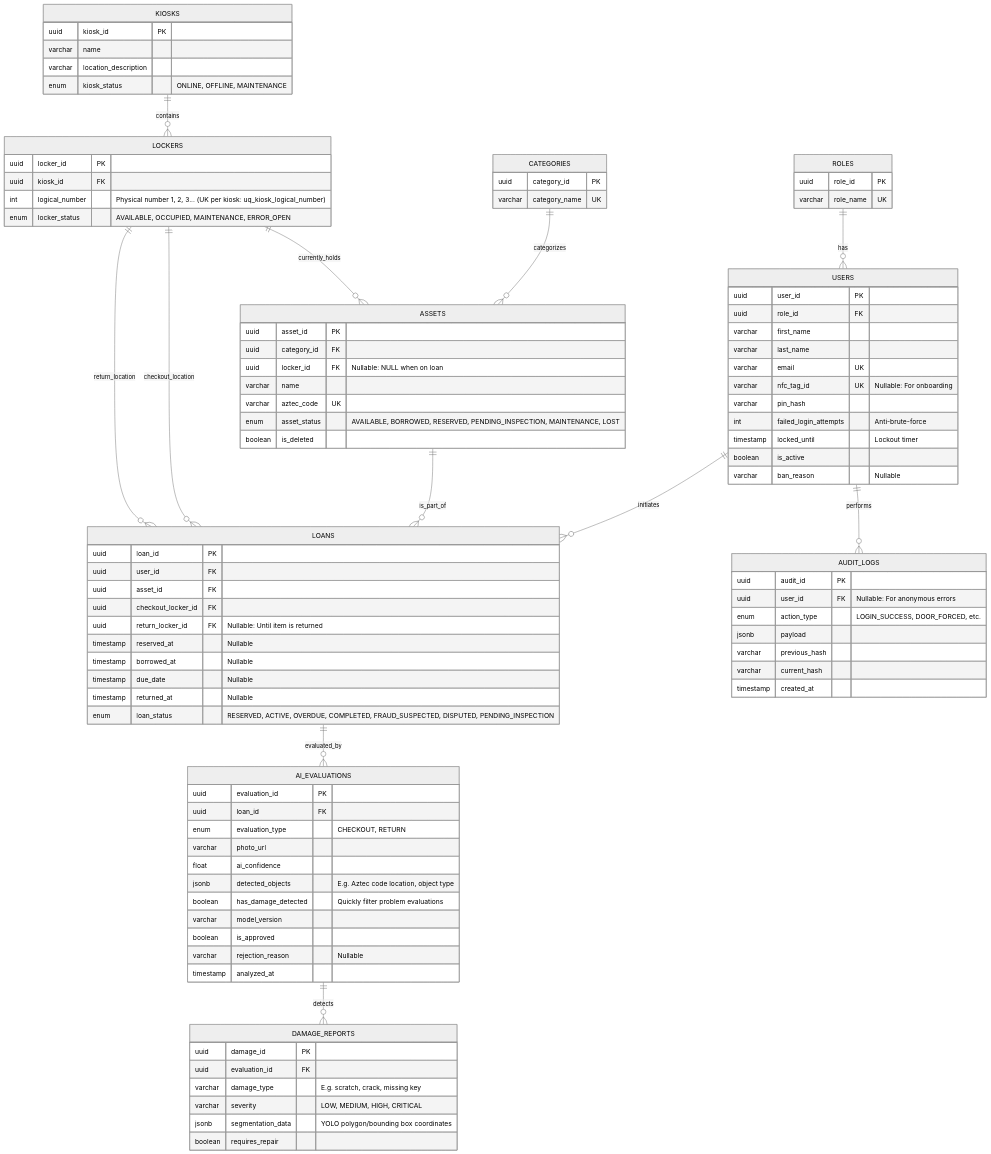
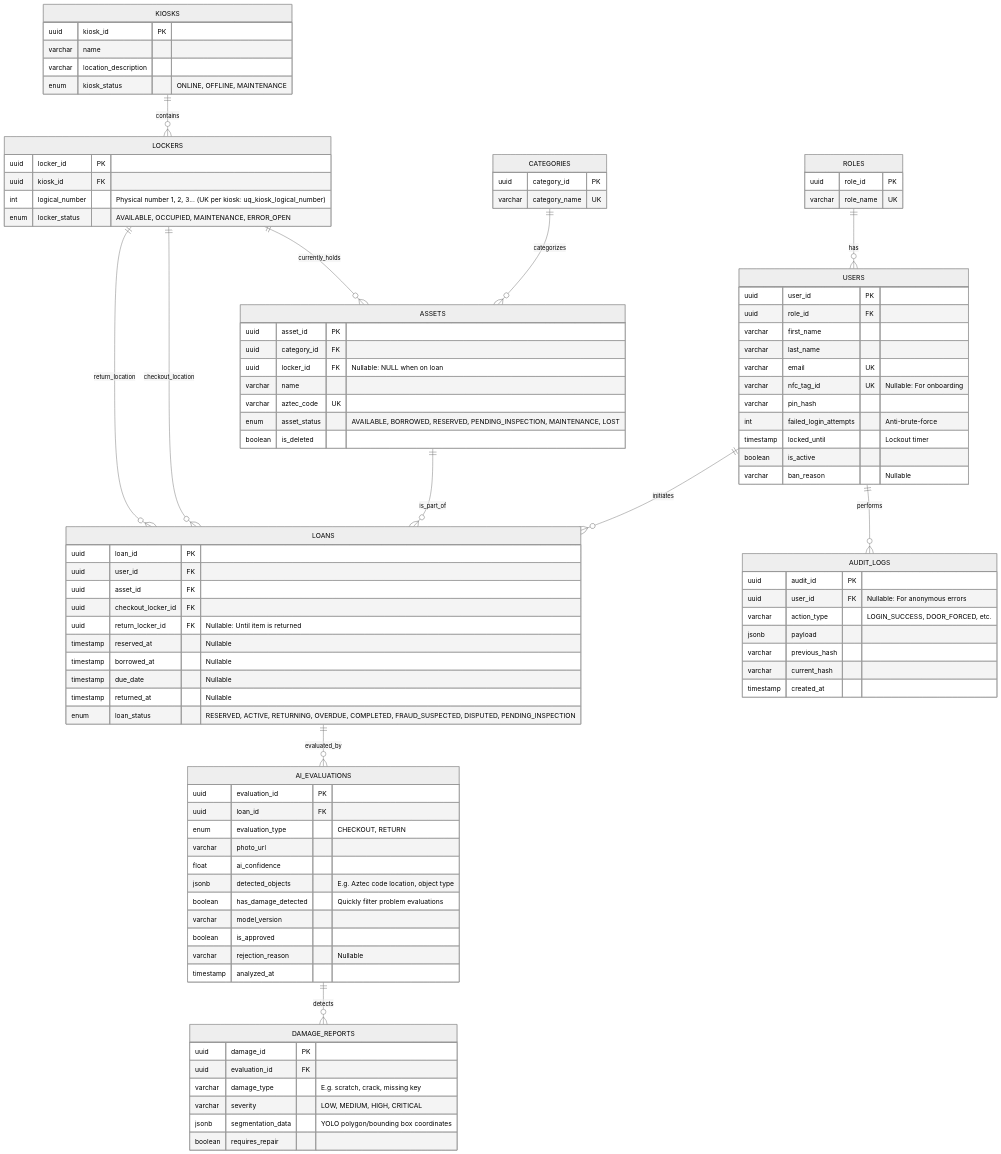
Before and after one commit to easylend-practice-enterprise/easylend: the diagram in docs/erd.mmd, drawn with Mermaid (neutral theme). The commit also changed 4 other files, not shown here.

Commit message:
docs: sync ERD and architecture with database models

```diff
--- a/docs/erd.mmd
+++ b/docs/erd.mmd
@@ -1,113 +1,113 @@
 erDiagram
     %% Lookup Tables
     ROLES ||--o{ USERS : has
     CATEGORIES ||--o{ ASSETS : categorizes
     
     %% Infrastructure
     KIOSKS ||--o{ LOCKERS : contains
     LOCKERS ||--o{ ASSETS : currently_holds
     
     %% Transactions
     USERS ||--o{ LOANS : initiates
     ASSETS ||--o{ LOANS : is_part_of
     LOCKERS ||--o{ LOANS : checkout_location
     LOCKERS ||--o{ LOANS : return_location
     
     %% Analyses, Security & AI
     LOANS ||--o{ AI_EVALUATIONS : evaluated_by
     AI_EVALUATIONS ||--o{ DAMAGE_REPORTS : detects
     USERS ||--o{ AUDIT_LOGS : performs
     
     ROLES {
         uuid role_id PK
         varchar role_name UK
     }
     
     CATEGORIES {
         uuid category_id PK
         varchar category_name UK
     }
     
     USERS {
         uuid user_id PK
         uuid role_id FK
         varchar first_name
         varchar last_name
         varchar email UK
         varchar nfc_tag_id UK "Nullable: For onboarding"
         varchar pin_hash
         int failed_login_attempts "Anti-brute-force"
         timestamp locked_until "Lockout timer"
         boolean is_active
         varchar ban_reason "Nullable"
     }
     
     KIOSKS {
         uuid kiosk_id PK
         varchar name
         varchar location_description
         enum kiosk_status "ONLINE, OFFLINE, MAINTENANCE"
     }
 
     LOCKERS {
         uuid locker_id PK
         uuid kiosk_id FK
         int logical_number "Physical number 1, 2, 3... (UK per kiosk: uq_kiosk_logical_number)"
         enum locker_status "AVAILABLE, OCCUPIED, MAINTENANCE, ERROR_OPEN"
     }
     
     ASSETS {
         uuid asset_id PK
         uuid category_id FK
         uuid locker_id FK "Nullable: NULL when on loan"
         varchar name
         varchar aztec_code UK
         enum asset_status "AVAILABLE, BORROWED, RESERVED, PENDING_INSPECTION, MAINTENANCE, LOST"
         boolean is_deleted
     }
     
     LOANS {
         uuid loan_id PK
         uuid user_id FK
         uuid asset_id FK
         uuid checkout_locker_id FK
         uuid return_locker_id FK "Nullable: Until item is returned"
         timestamp reserved_at "Nullable"
         timestamp borrowed_at "Nullable"
         timestamp due_date "Nullable"
         timestamp returned_at "Nullable"
-        enum loan_status "RESERVED, ACTIVE, OVERDUE, COMPLETED, FRAUD_SUSPECTED, DISPUTED, PENDING_INSPECTION"
+        enum loan_status "RESERVED, ACTIVE, RETURNING, OVERDUE, COMPLETED, FRAUD_SUSPECTED, DISPUTED, PENDING_INSPECTION"
     }
     
     AI_EVALUATIONS {
         uuid evaluation_id PK
         uuid loan_id FK
         enum evaluation_type "CHECKOUT, RETURN"
         varchar photo_url
         float ai_confidence
         jsonb detected_objects "E.g. Aztec code location, object type"
         boolean has_damage_detected "Quickly filter problem evaluations"
         varchar model_version
         boolean is_approved
         varchar rejection_reason "Nullable"
         timestamp analyzed_at
     }
 
     DAMAGE_REPORTS {
         uuid damage_id PK
         uuid evaluation_id FK
         varchar damage_type "E.g. scratch, crack, missing key"
         varchar severity "LOW, MEDIUM, HIGH, CRITICAL"
         jsonb segmentation_data "YOLO polygon/bounding box coordinates"
         boolean requires_repair
     }
     
     AUDIT_LOGS {
         uuid audit_id PK
         uuid user_id FK "Nullable: For anonymous errors"
-        enum action_type "LOGIN_SUCCESS, DOOR_FORCED, etc."
+        varchar action_type "LOGIN_SUCCESS, DOOR_FORCED, etc."
         jsonb payload
         varchar previous_hash
         varchar current_hash
         timestamp created_at
     }
```
